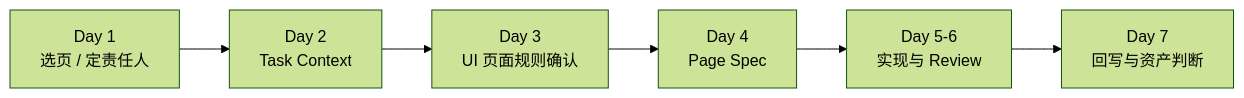
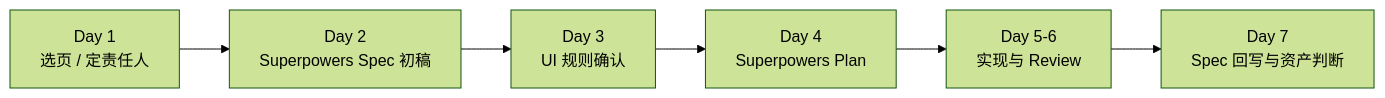
The third of 4 diagrams in docs/README.md (clarence1026/Spec-Driven-Development), drawn with Mermaid (forest theme) before and after one commit. The commit also changed other lines of this file and 16 other files, not shown here.

````diff
--- a/docs/README.md
+++ b/docs/README.md
@@ -260,8 +274,8 @@
 ```mermaid
 flowchart LR
-    A[Day 1<br/>选页 / 定责任人] --> B[Day 2<br/>Task Context]
-    B --> C[Day 3<br/>UI 页面规则确认]
-    C --> D[Day 4<br/>Page Spec]
+    A[Day 1<br/>选页 / 定责任人] --> B[Day 2<br/>Superpowers Spec 初稿]
+    B --> C[Day 3<br/>UI 规则确认]
+    C --> D[Day 4<br/>Superpowers Plan]
     D --> E[Day 5-6<br/>实现与 Review]
-    E --> F[Day 7<br/>回写与资产判断]
+    E --> F[Day 7<br/>Spec 回写与资产判断]
 ```
````
